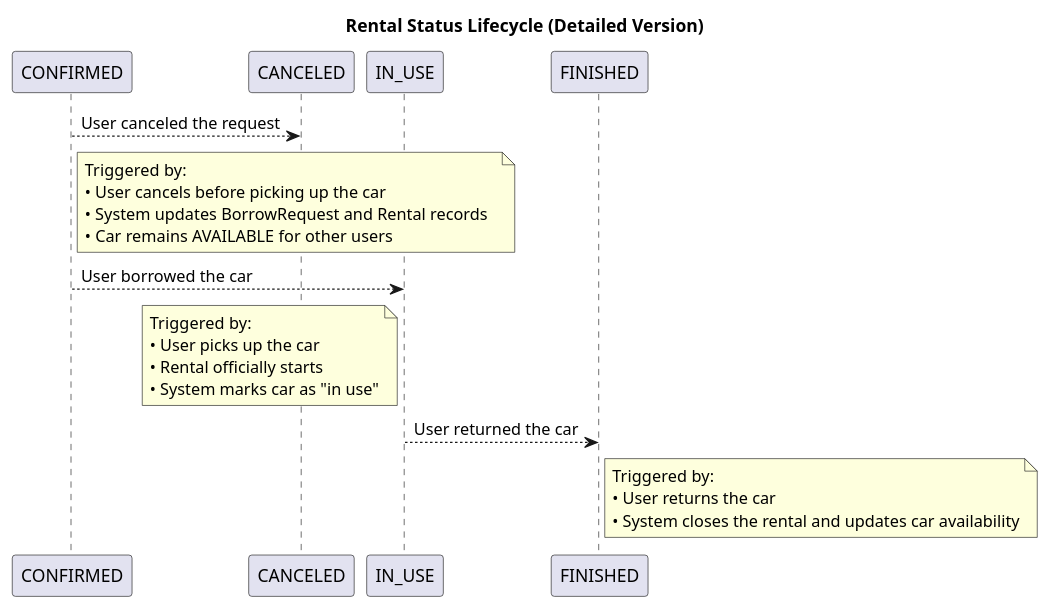
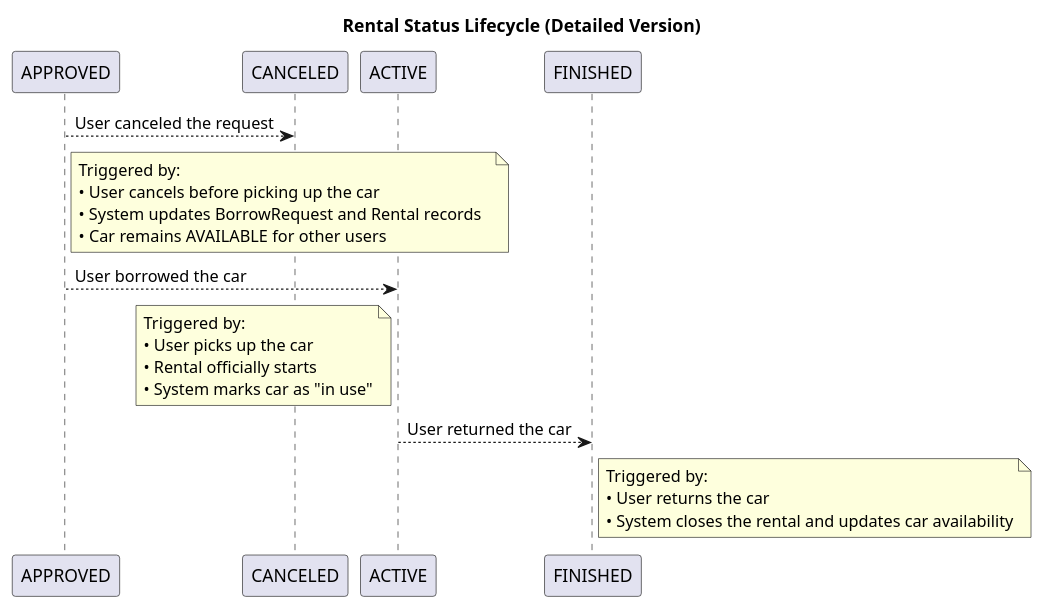
One commit to startupdev-org/LevelAutoRental changed the diagram in docs/architecture/status/rental_status.puml. Above: the diagram before and after it, drawn with PlantUML. The commit also changed 1 other file, not shown here.

Commit message:
make some small changes in flow

```diff
--- a/docs/architecture/status/rental_status.puml
+++ b/docs/architecture/status/rental_status.puml
@@ -1,29 +1,29 @@
 @startuml
 title Rental Status Lifecycle (Detailed Version)
 
 ' == USER BORROWING PROCESS ==
 
-CONFIRMED --> CANCELED : User canceled the request
-note right of CONFIRMED
+APPROVED --> CANCELED : User canceled the request
+note right of APPROVED
 Triggered by:
 • User cancels before picking up the car  
 • System updates BorrowRequest and Rental records  
 • Car remains AVAILABLE for other users
 end note
 
-CONFIRMED --> IN_USE : User borrowed the car
-note left of IN_USE
+APPROVED --> ACTIVE : User borrowed the car
+note left of ACTIVE
 Triggered by:
 • User picks up the car  
 • Rental officially starts  
 • System marks car as "in use"
 end note
 
-IN_USE --> FINISHED : User returned the car
+ACTIVE --> FINISHED : User returned the car
 note right of FINISHED
 Triggered by:
 • User returns the car  
 • System closes the rental and updates car availability
 end note
 
 @enduml
```
